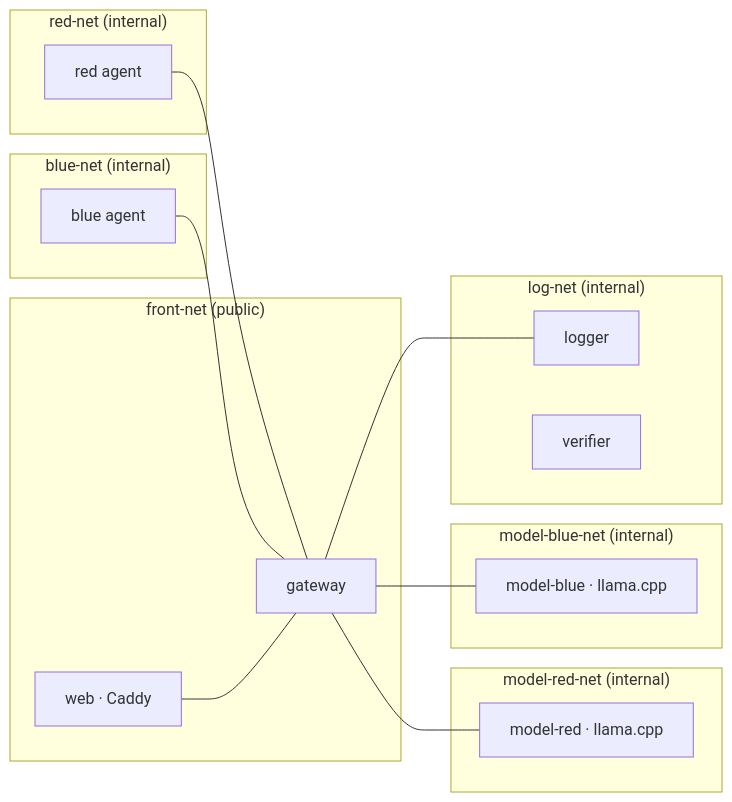
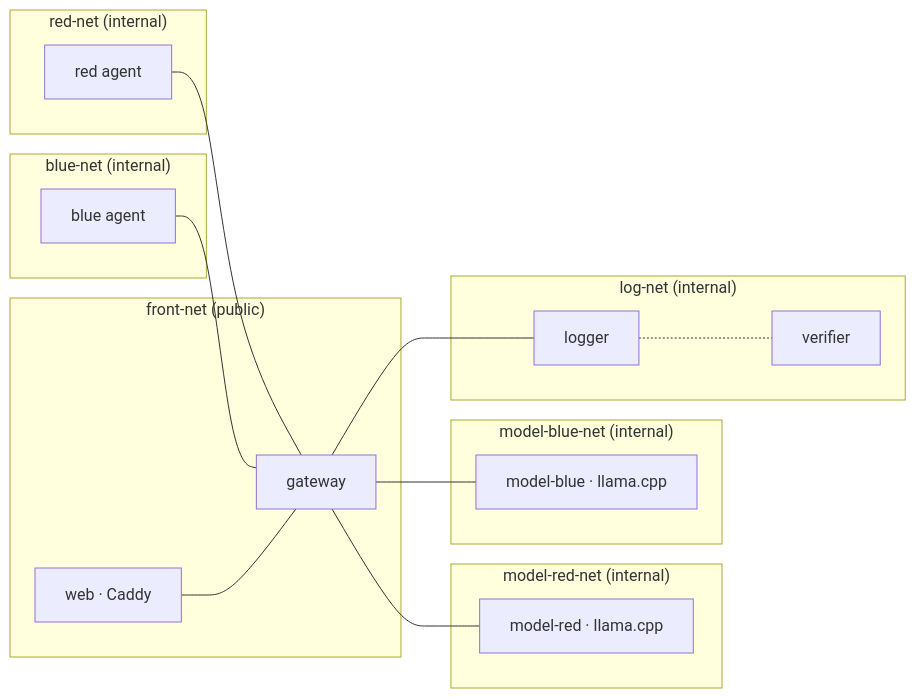
The second of 6 diagrams in README.md (harshsingh2275/Bayora), drawn with Mermaid before and after one commit. The commit also changed other lines of this file and 2 other files, not shown here.

````diff
--- a/README.md
+++ b/README.md
@@ -74,30 +99,31 @@
 ```mermaid
 graph LR
-    subgraph front-net["front-net (public)"]
-        Web2["web · Caddy"]
+    subgraph FrontNet["front-net (public)"]
+        WebNode["web · Caddy"]
         GW["gateway"]
     end
-    subgraph red-net["red-net (internal)"]
+    subgraph RedNet["red-net (internal)"]
         RedA["red agent"]
     end
-    subgraph blue-net["blue-net (internal)"]
+    subgraph BlueNet["blue-net (internal)"]
         BlueA["blue agent"]
     end
-    subgraph model-red-net["model-red-net (internal)"]
+    subgraph ModelRedNet["model-red-net (internal)"]
         MR["model-red · llama.cpp"]
     end
-    subgraph model-blue-net["model-blue-net (internal)"]
+    subgraph ModelBlueNet["model-blue-net (internal)"]
         MB["model-blue · llama.cpp"]
     end
-    subgraph log-net["log-net (internal)"]
-        Log["logger"]
+    subgraph LogNet["log-net (internal)"]
+        LogSvc["logger"]
         Ver["verifier"]
     end
 
     RedA --- GW
     BlueA --- GW
     GW --- MR
     GW --- MB
-    GW --- Log
-    Web2 --- GW
+    GW --- LogSvc
+    WebNode --- GW
+    LogSvc -.- Ver
 ```
````
